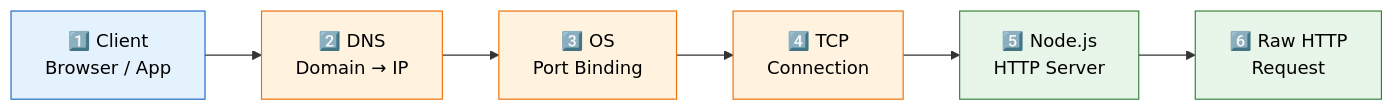
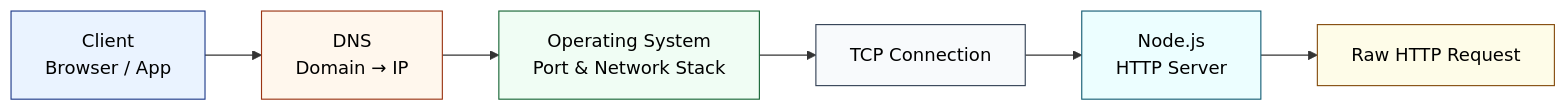
One commit to PrajwalAmbekar/Backend-Learning changed the first of 4 diagrams in HTTP_Lifecycle/http_req_res_lifecycle.md. Above: the diagram before and after it, drawn with Mermaid. The commit also changed other lines of this file, not shown here.

Commit message:
created the md file for http-request-response-lifecycle

````diff
--- a/HTTP_Lifecycle/http_req_res_lifecycle.md
+++ b/HTTP_Lifecycle/http_req_res_lifecycle.md
@@ -12,13 +12,16 @@
 ```mermaid
 flowchart LR
-    A[1️⃣ Client<br/>Browser / App]:::client --> 
-    B[2️⃣ DNS<br/>Domain → IP]:::infra --> 
-    C[3️⃣ OS<br/>Port Binding]:::infra --> 
-    D[4️⃣ TCP<br/>Connection]:::infra --> 
-    E[5️⃣ Node.js<br/>HTTP Server]:::node --> 
-    F[6️⃣ Raw HTTP<br/>Request]:::node
+    A[Client<br/>Browser / App] --> 
+    B[DNS<br/>Domain → IP] --> 
+    C[Operating System<br/>Port & Network Stack] --> 
+    D[TCP Connection] --> 
+    E[Node.js<br/>HTTP Server] --> 
+    F[Raw HTTP Request]
 
-    classDef client fill:#E3F2FD,stroke:#1565C0,color:#000
-    classDef infra fill:#FFF3E0,stroke:#EF6C00,color:#000
-    classDef node fill:#E8F5E9,stroke:#2E7D32,color:#000
+    style A fill:#EAF3FF,stroke:#1E3A8A,color:#000
+    style B fill:#FFF7ED,stroke:#9A3412,color:#000
+    style C fill:#F0FDF4,stroke:#166534,color:#000
+    style D fill:#F8FAFC,stroke:#334155,color:#000
+    style E fill:#ECFEFF,stroke:#155E75,color:#000
+    style F fill:#FEFCE8,stroke:#854D0E,color:#000
 ```
````
